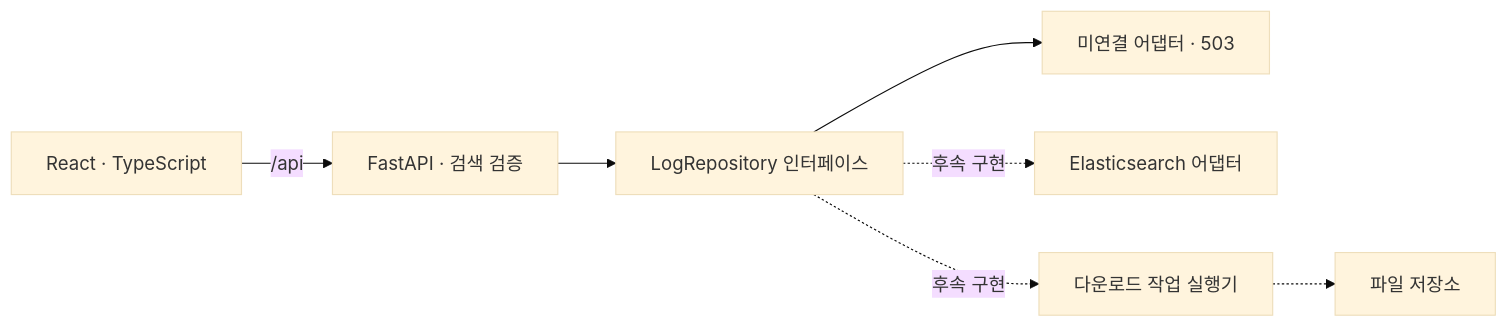
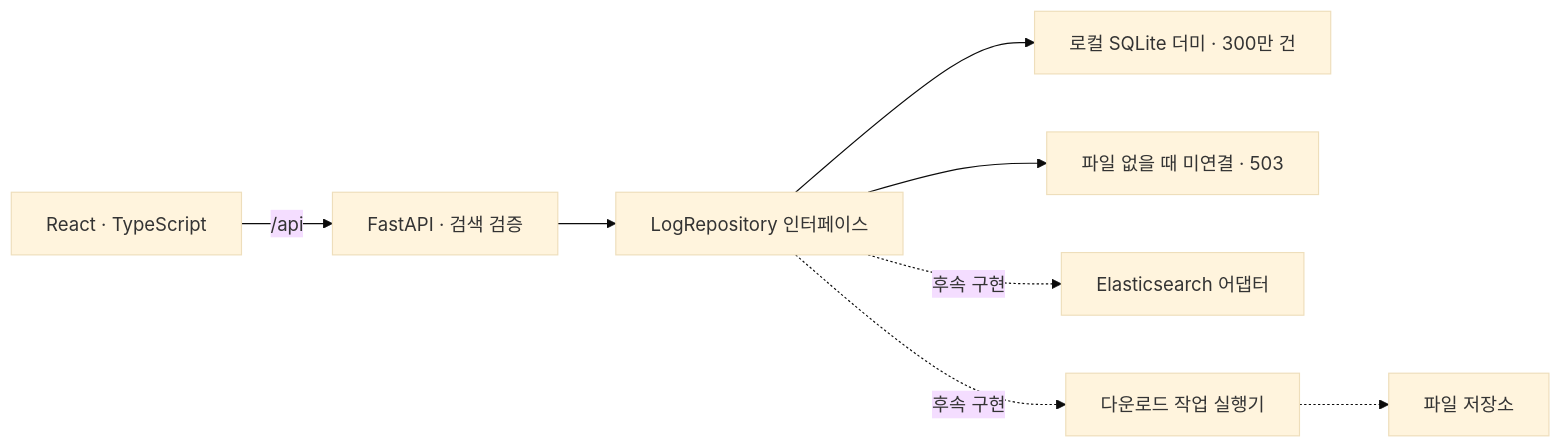
The diagram in docs/architecture.md (WnYTech/SK-Hynix-Y17-Ph-1-Dashboard), drawn with Mermaid (base theme) before and after one commit. The commit also changed other lines of this file and 20 other files, not shown here.

````diff
--- a/docs/architecture.md
+++ b/docs/architecture.md
@@ -5,9 +5,10 @@
 ```mermaid
 flowchart LR
   UI[React · TypeScript] -->|/api| API[FastAPI · 검색 검증]
   API --> PORT[LogRepository 인터페이스]
-  PORT --> EMPTY[미연결 어댑터 · 503]
+  PORT --> DUMMY[로컬 SQLite 더미 · 300만 건]
+  PORT --> EMPTY[파일 없을 때 미연결 · 503]
   PORT -. 후속 구현 .-> ES[Elasticsearch 어댑터]
   PORT -. 후속 구현 .-> JOB[다운로드 작업 실행기]
   JOB -.-> FILE[파일 저장소]
 ```
````
